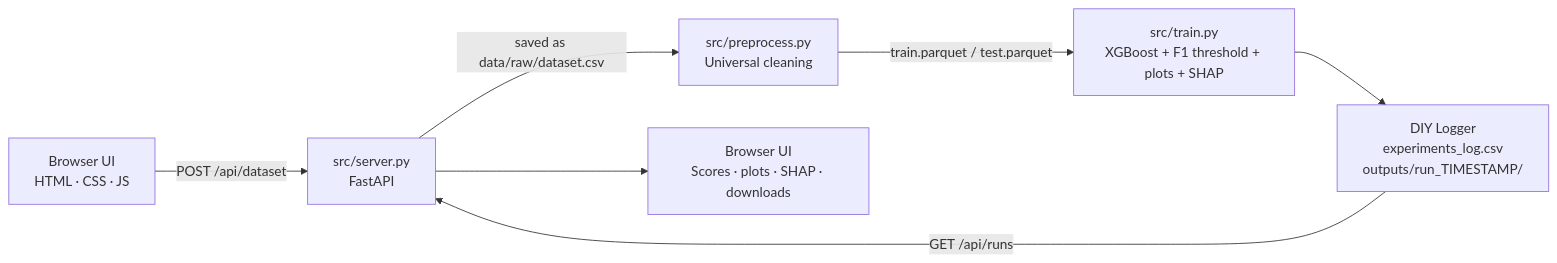
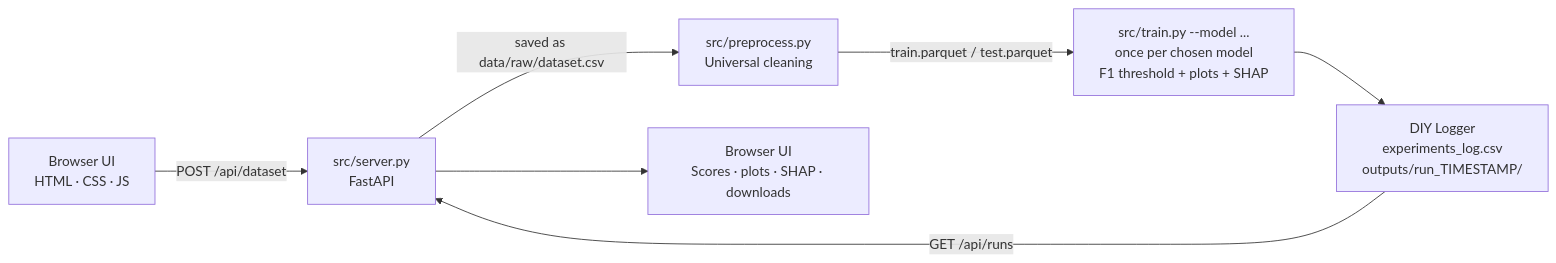
The diagram in README.md (himendrafadh/Dockerized-ML-Training-Pipeline), drawn with Mermaid before and after one commit. The commit also changed other lines of this file and 9 other files, not shown here.

````diff
--- a/README.md
+++ b/README.md
@@ -51,9 +66,9 @@
 ```mermaid
 flowchart LR
     A[Browser UI<br/>HTML · CSS · JS] -->|POST /api/dataset| S[src/server.py<br/>FastAPI]
     S -->|saved as data/raw/dataset.csv| B[src/preprocess.py<br/>Universal cleaning]
-    B -->|train.parquet / test.parquet| C[src/train.py<br/>XGBoost + F1 threshold + plots + SHAP]
+    B -->|train.parquet / test.parquet| C[src/train.py --model ...<br/>once per chosen model<br/>F1 threshold + plots + SHAP]
     C --> D[DIY Logger<br/>experiments_log.csv<br/>outputs/run_TIMESTAMP/]
     D -->|GET /api/runs| S
     S --> E[Browser UI<br/>Scores · plots · SHAP · downloads]
 ```
````
